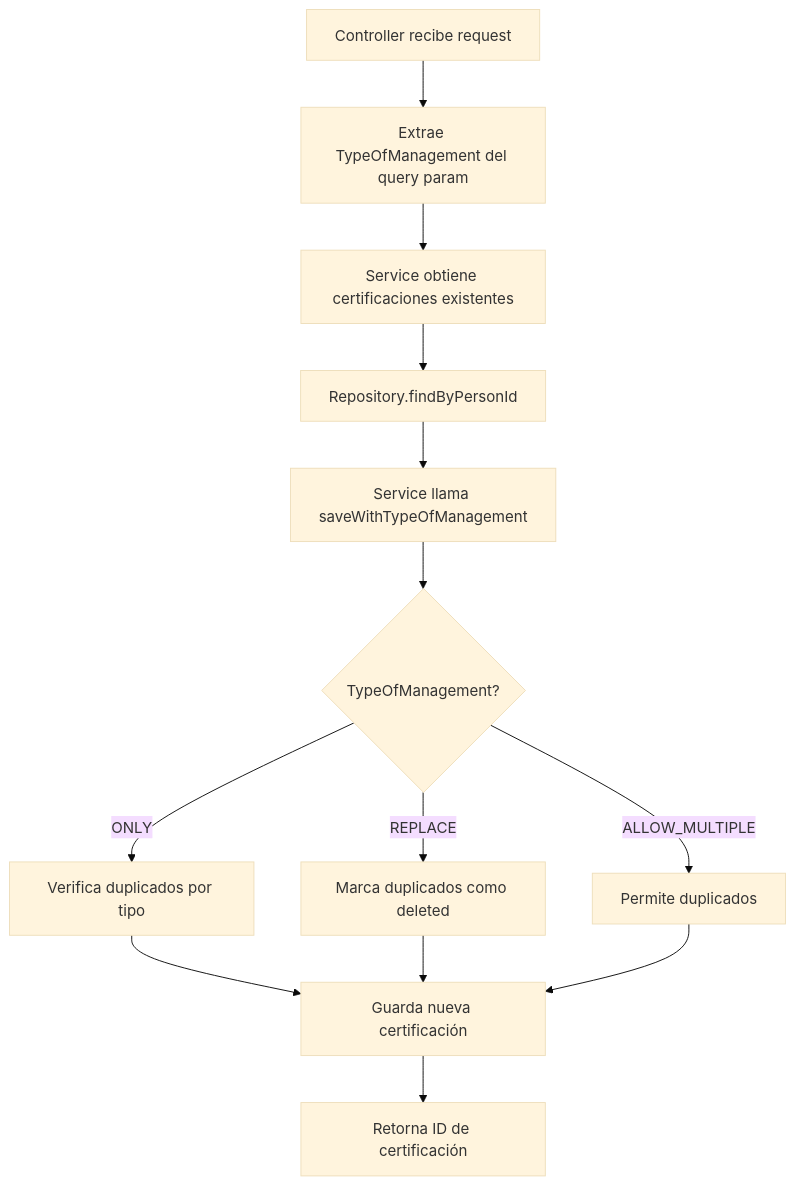
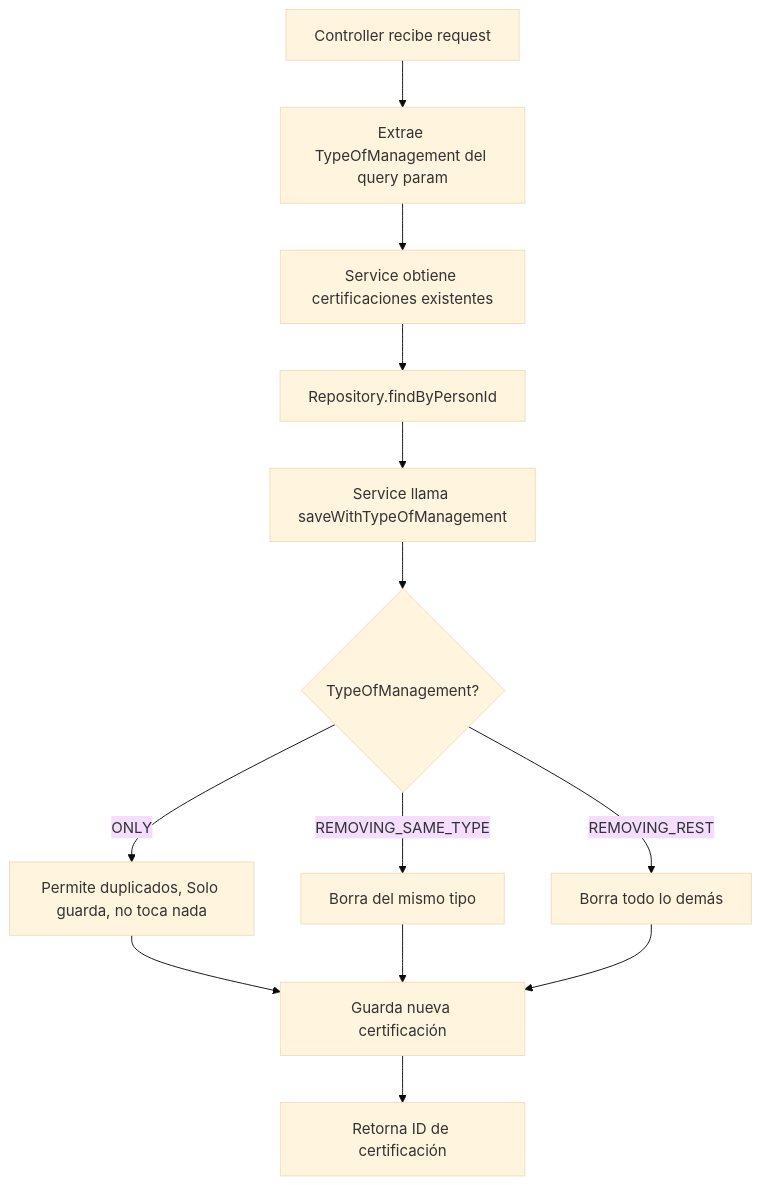
Before and after one commit to raulburgosbds/documentos_bds: the diagram in guides/typeofmanagement-integration/typeofmanagement_integration_guide.md, drawn with Mermaid (base theme). The commit also changed other lines of this file, not shown here.

````diff
--- a/guides/typeofmanagement-integration/typeofmanagement_integration_guide.md
+++ b/guides/typeofmanagement-integration/typeofmanagement_integration_guide.md
@@ -393,15 +285,15 @@
 ```mermaid
 graph TD
     A[Controller recibe request] --> B[Extrae TypeOfManagement del query param]
     B --> C[Service obtiene certificaciones existentes]
     C --> D[Repository.findByPersonId]
     D --> E[Service llama saveWithTypeOfManagement]
     E --> F{TypeOfManagement?}
-    F -->|ONLY| G[Verifica duplicados por tipo]
-    F -->|REPLACE| H[Marca duplicados como deleted]
-    F -->|ALLOW_MULTIPLE| I[Permite duplicados]
+    F -->|ONLY| G[Permite duplicados, Solo guarda, no toca nada]
+    F -->|REMOVING_SAME_TYPE| H[Borra del mismo tipo]
+    F -->|REMOVING_REST| I[Borra todo lo demás]
     G --> J[Guarda nueva certificación]
     H --> J
     I --> J
     J --> K[Retorna ID de certificación]
 ```
````
